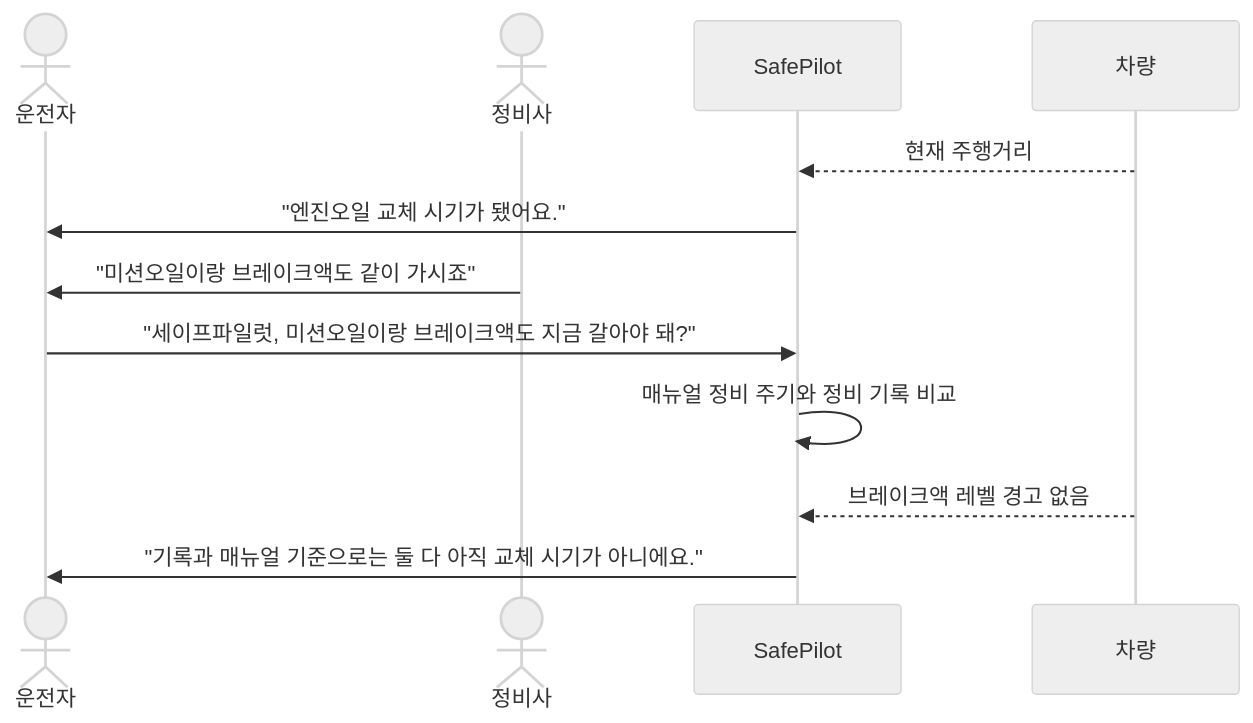
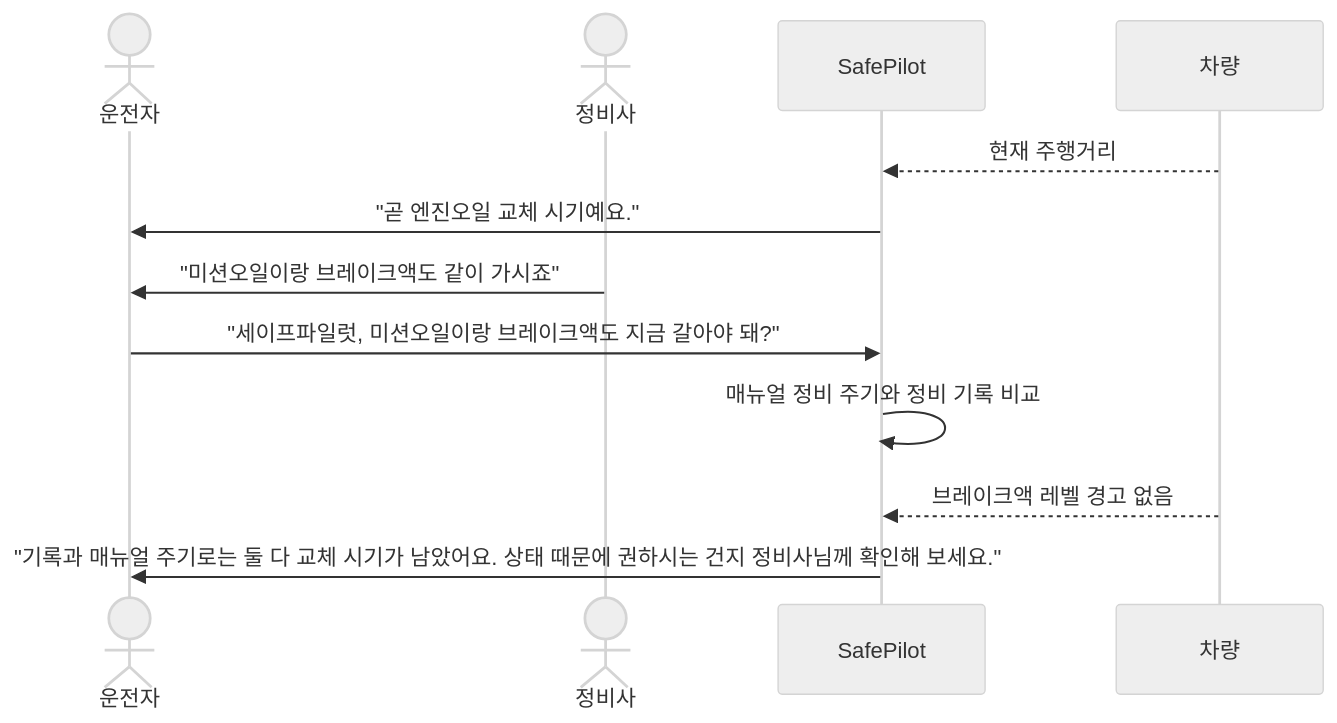
The diagram in proposal/diagrams/04_maintenance.mmd (rex-next-labs/SafePilot), drawn with Mermaid (neutral theme) before and after one commit. The commit also changed 15 other files, not shown here.

```diff
--- a/proposal/diagrams/04_maintenance.mmd
+++ b/proposal/diagrams/04_maintenance.mmd
@@ -1,12 +1,12 @@
 sequenceDiagram
     actor D as 운전자
     actor M as 정비사
     participant S as SafePilot
     participant C as 차량
     C-->>S: 현재 주행거리
-    S->>D: "엔진오일 교체 시기가 됐어요."
+    S->>D: "곧 엔진오일 교체 시기예요."
     M->>D: "미션오일이랑 브레이크액도 같이 가시죠"
     D->>S: "세이프파일럿, 미션오일이랑 브레이크액도 지금 갈아야 돼?"
     S->>S: 매뉴얼 정비 주기와 정비 기록 비교
     C-->>S: 브레이크액 레벨 경고 없음
-    S->>D: "기록과 매뉴얼 기준으로는 둘 다 아직 교체 시기가 아니에요."
+    S->>D: "기록과 매뉴얼 주기로는 둘 다 교체 시기가 남았어요. 상태 때문에 권하시는 건지 정비사님께 확인해 보세요."
```
